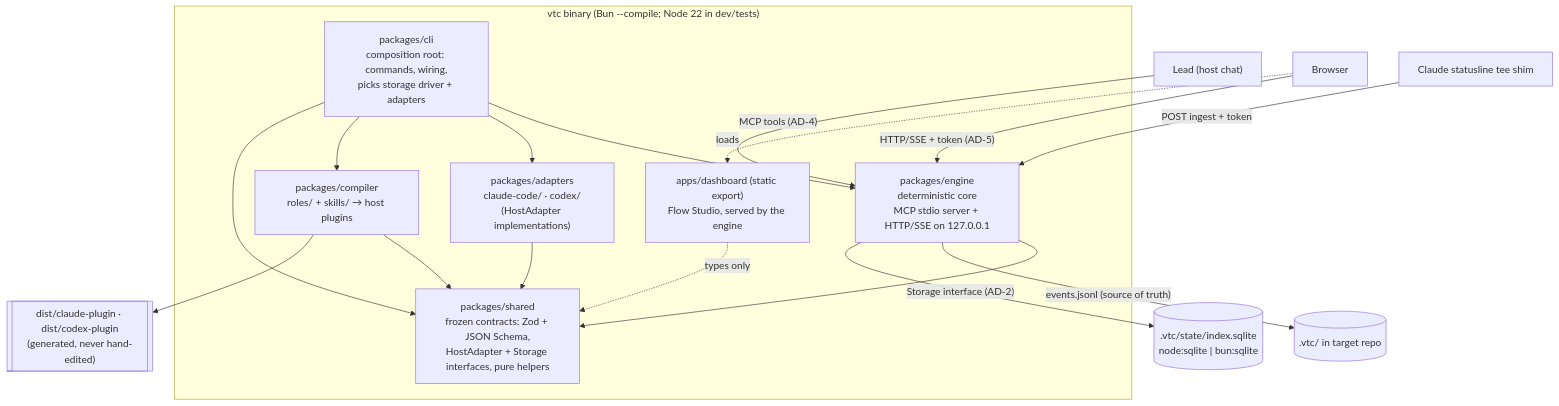
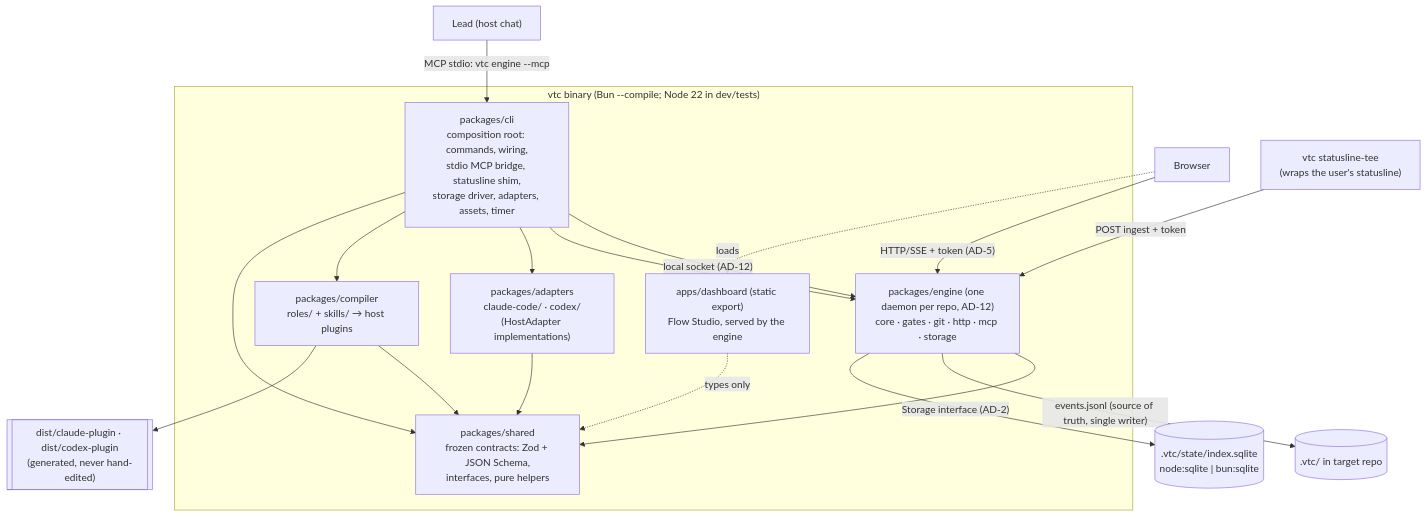
One commit to bason-labs/bs-vtc changed the second of 2 diagrams in docs/architecture/vtc-spine.md. Above: the diagram before and after it, drawn with Mermaid. The commit also changed other lines of this file and 161 other files, not shown here.

````diff
--- a/docs/architecture/vtc-spine.md
+++ b/docs/architecture/vtc-spine.md
@@ -47,24 +50,25 @@
 ```mermaid
 flowchart TB
   subgraph bin ["vtc binary (Bun --compile; Node 22 in dev/tests)"]
-    cli["packages/cli<br/>composition root: commands, wiring,<br/>picks storage driver + adapters"]
-    engine["packages/engine<br/>deterministic core<br/>MCP stdio server + HTTP/SSE on 127.0.0.1"]
+    cli["packages/cli<br/>composition root: commands, wiring,<br/>stdio MCP bridge, statusline shim,<br/>storage driver, adapters, assets, timer"]
+    engine["packages/engine (one daemon per repo, AD-12)<br/>core · gates · git · http · mcp · storage"]
     adapters["packages/adapters<br/>claude-code/ · codex/<br/>(HostAdapter implementations)"]
     compiler["packages/compiler<br/>roles/ + skills/ → host plugins"]
-    shared["packages/shared<br/>frozen contracts: Zod + JSON Schema,<br/>HostAdapter + Storage interfaces, pure helpers"]
+    shared["packages/shared<br/>frozen contracts: Zod + JSON Schema,<br/>interfaces, pure helpers"]
     dash["apps/dashboard (static export)<br/>Flow Studio, served by the engine"]
   end
   plugins[["dist/claude-plugin · dist/codex-plugin<br/>(generated, never hand-edited)"]]
-  lead["Lead (host chat)"] -- "MCP tools (AD-4)" --> engine
+  lead["Lead (host chat)"] -- "MCP stdio: vtc engine --mcp" --> cli
+  cli -- "local socket (AD-12)" --> engine
   browser["Browser"] -- "HTTP/SSE + token (AD-5)" --> engine
   browser -. loads .-> dash
-  statusline["Claude statusline tee shim"] -- "POST ingest + token" --> engine
+  shim["vtc statusline-tee<br/>(wraps the user's statusline)"] -- "POST ingest + token" --> engine
   cli --> engine & adapters & compiler & shared
   engine --> shared
   adapters --> shared
   compiler --> shared
   dash -. "types only" .-> shared
   compiler --> plugins
-  engine -- "events.jsonl (source of truth)" --> files[(".vtc/ in target repo")]
+  engine -- "events.jsonl (source of truth, single writer)" --> files[(".vtc/ in target repo")]
   engine -- "Storage interface (AD-2)" --> sqlite[(".vtc/state/index.sqlite<br/>node:sqlite | bun:sqlite")]
 ```
````
